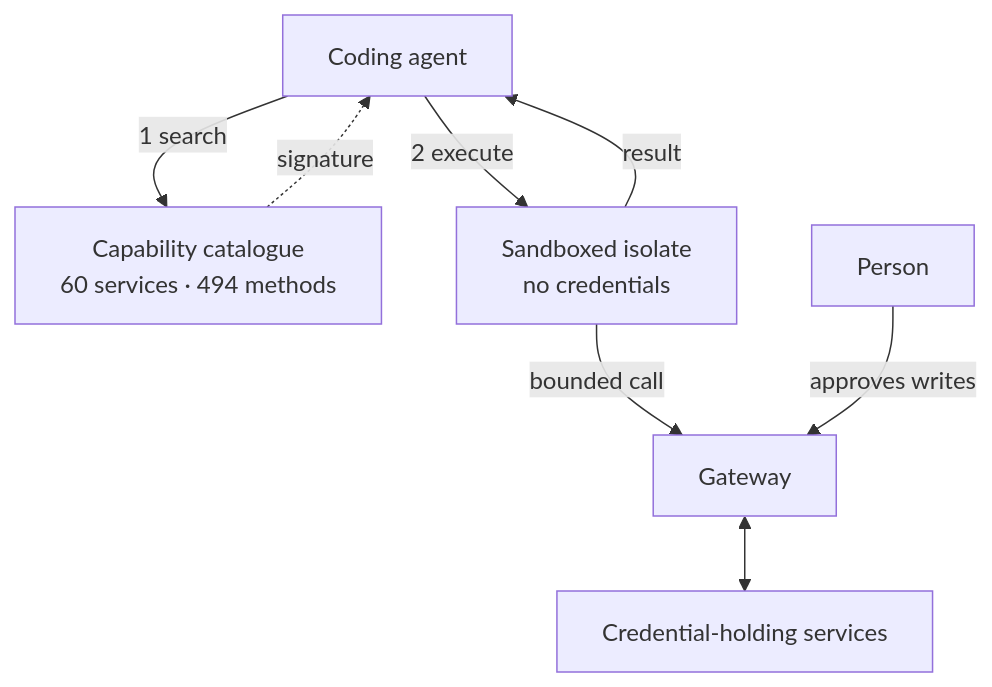
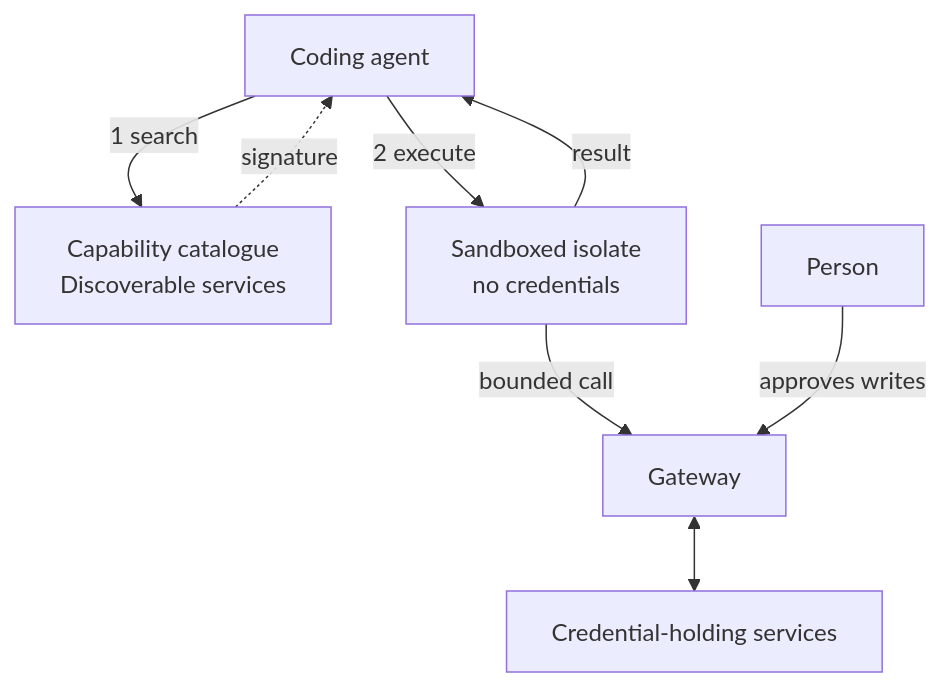
Before and after one commit to PascalAI2024/PascalAI2024: the diagram in README.md, drawn with Mermaid. The commit also changed other lines of this file, not shown here.

````diff
--- a/README.md
+++ b/README.md
@@ -233,10 +72,10 @@
 ```mermaid
 flowchart TB
-    A["Coding agent"] -->|"1 search"| C["Capability catalogue<br/>60 services · 494 methods"]
+    A["Coding agent"] -->|"1 search"| C["Capability catalogue<br/>Discoverable services"]
     C -.->|"signature"| A
     A -->|"2 execute"| S["Sandboxed isolate<br/>no credentials"]
     S -->|"bounded call"| G["Gateway"]
     G <--> V["Credential-holding services"]
     S -->|"result"| A
     H["Person"] -->|"approves writes"| G
 ```
````
